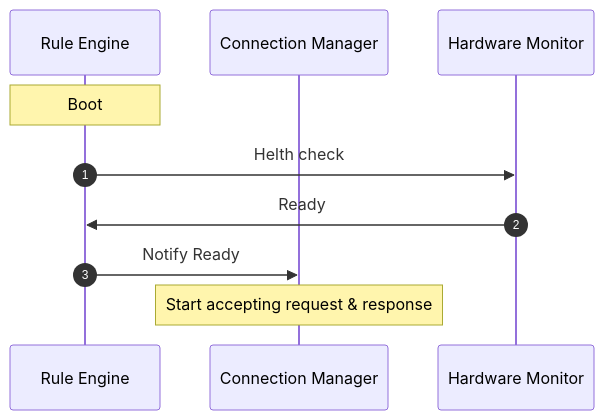
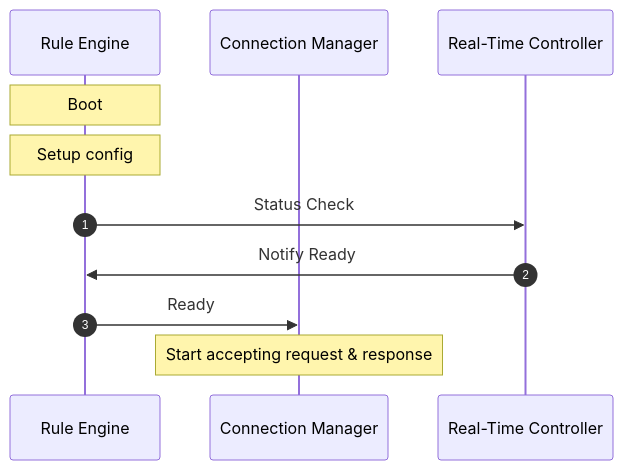
Before and after one commit to sfc-aqua/qrsa: the first of 6 diagrams in rule_engine/README.md, drawn with Mermaid. The commit also changed other lines of this file and 5 other files, not shown here.

Commit message:
updated diagrams

````diff
--- a/rule_engine/README.md
+++ b/rule_engine/README.md
@@ -20,12 +20,15 @@
 ```mermaid
 sequenceDiagram
 autonumber
+
 participant re as Rule Engine
 participant cm as Connection Manager
-participant hm as Hardware Monitor
+participant rtc as Real-Time Controller
+
 Note over re: Boot
-re ->> hm: Helth check
-hm ->> re: Ready
-re ->> cm: Notify Ready
+Note over re: Setup config
+re ->> rtc: Status Check
+rtc ->> re: Notify Ready
+re ->> cm: Ready
 Note over cm: Start accepting request & response
 ```
````
